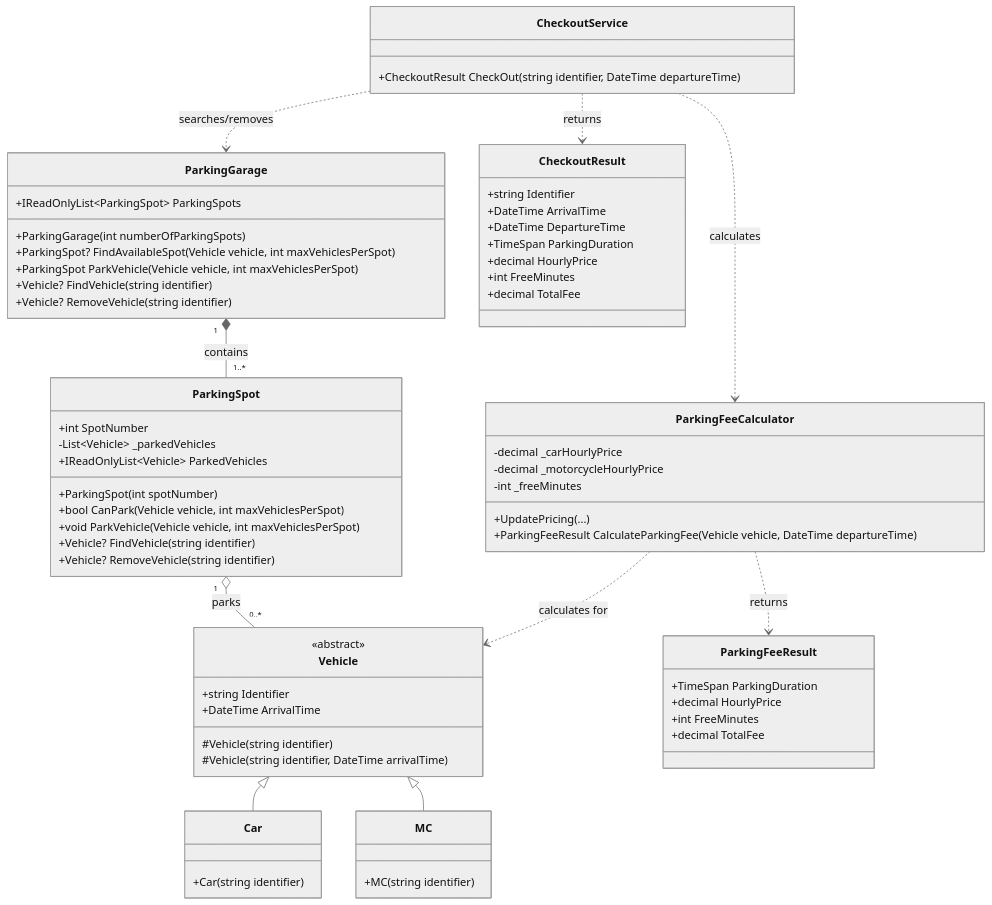
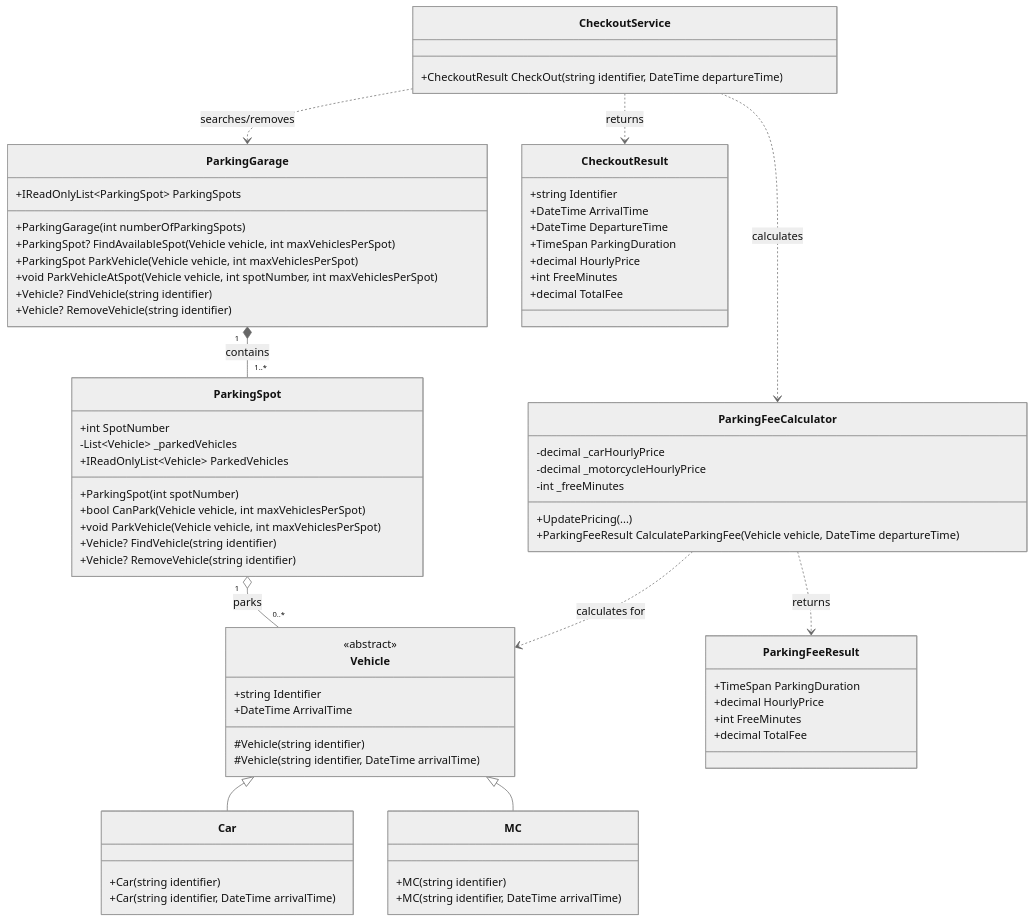
The first of 3 diagrams in docs/class-diagram.md (KYH-RAMI/CSharp-Assignments), drawn with Mermaid (neutral theme) before and after one commit. The commit also changed other lines of this file and 13 other files, not shown here.

```diff
--- a/docs/class-diagram.md
+++ b/docs/class-diagram.md
@@ -23,10 +23,12 @@
 
     class Car {
         +Car(string identifier)
+        +Car(string identifier, DateTime arrivalTime)
     }
 
     class MC {
         +MC(string identifier)
+        +MC(string identifier, DateTime arrivalTime)
     }
 
     class ParkingSpot {
@@ -45,6 +47,7 @@
         +ParkingGarage(int numberOfParkingSpots)
         +ParkingSpot? FindAvailableSpot(Vehicle vehicle, int maxVehiclesPerSpot)
         +ParkingSpot ParkVehicle(Vehicle vehicle, int maxVehiclesPerSpot)
+        +void ParkVehicleAtSpot(Vehicle vehicle, int spotNumber, int maxVehiclesPerSpot)
         +Vehicle? FindVehicle(string identifier)
         +Vehicle? RemoveVehicle(string identifier)
     }
```
